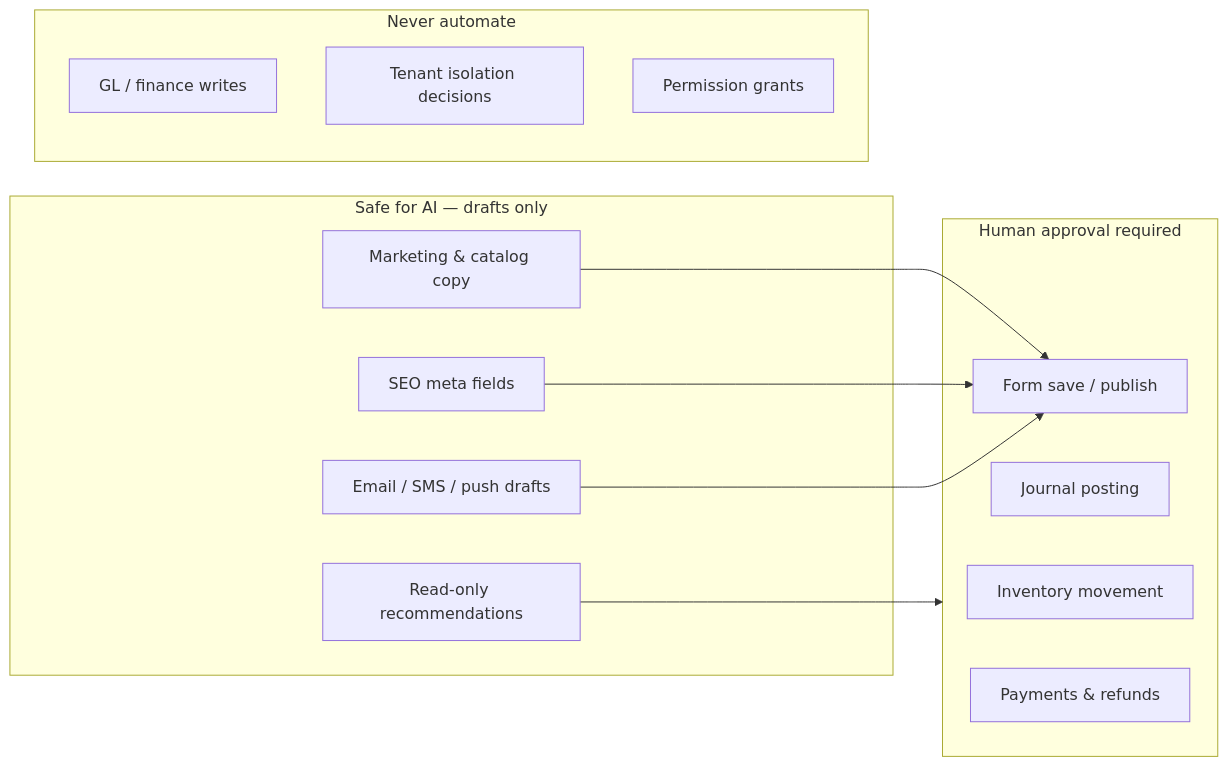
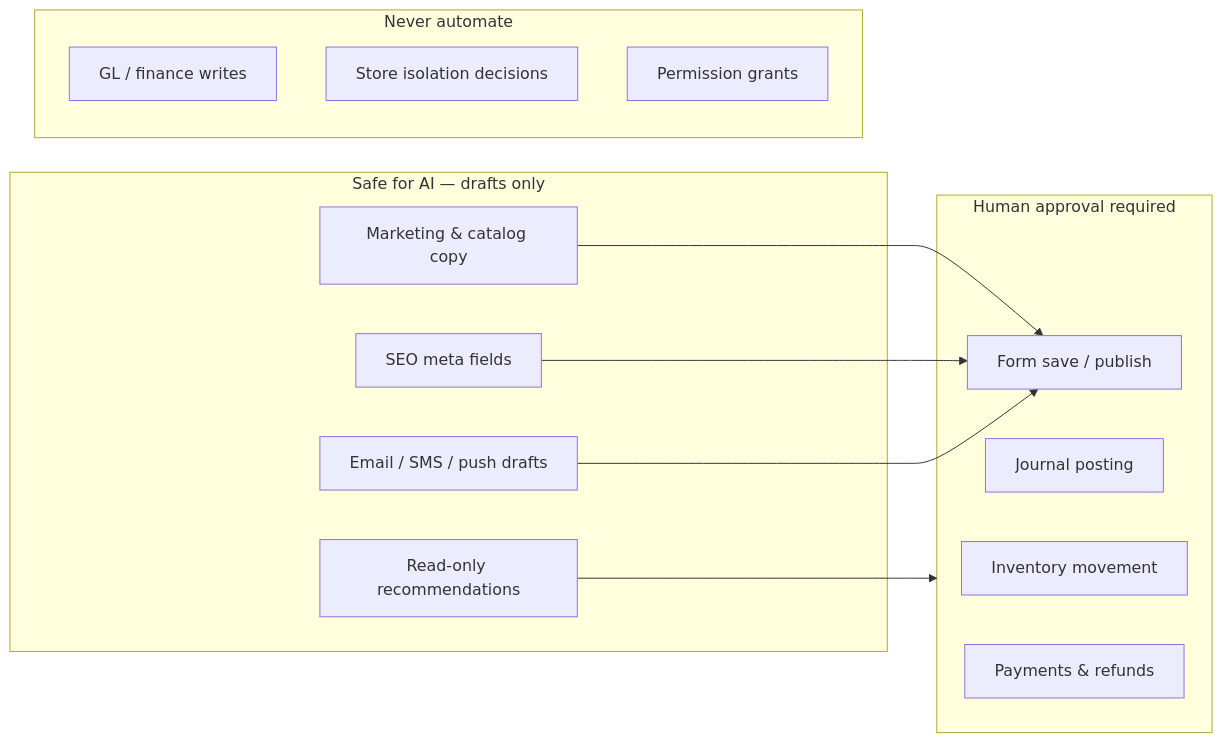
One commit to gowtamkumar/eCommerce-multi-store-saas-erp changed the diagram in doc/system-design/ai_feature_opportunity_analysis.md. Above: the diagram before and after it, drawn with Mermaid. The commit also changed other lines of this file and 764 other files, not shown here.

````diff
--- a/doc/system-design/ai_feature_opportunity_analysis.md
+++ b/doc/system-design/ai_feature_opportunity_analysis.md
@@ -53,27 +53,27 @@
 ```mermaid
 flowchart LR
   subgraph Safe [Safe for AI — drafts only]
     Copy[Marketing & catalog copy]
     SEO[SEO meta fields]
     Draft[Email / SMS / push drafts]
     Suggest[Read-only recommendations]
   end
 
   subgraph Human [Human approval required]
     Save[Form save / publish]
     Post[Journal posting]
     Stock[Inventory movement]
     Pay[Payments & refunds]
   end
 
   subgraph Never [Never automate]
     Ledger[GL / finance writes]
-    Scope[Tenant isolation decisions]
+    Scope[Store isolation decisions]
     Perm[Permission grants]
   end
 
   Copy --> Save
   SEO --> Save
   Draft --> Save
   Suggest --> Human
 ```
````
